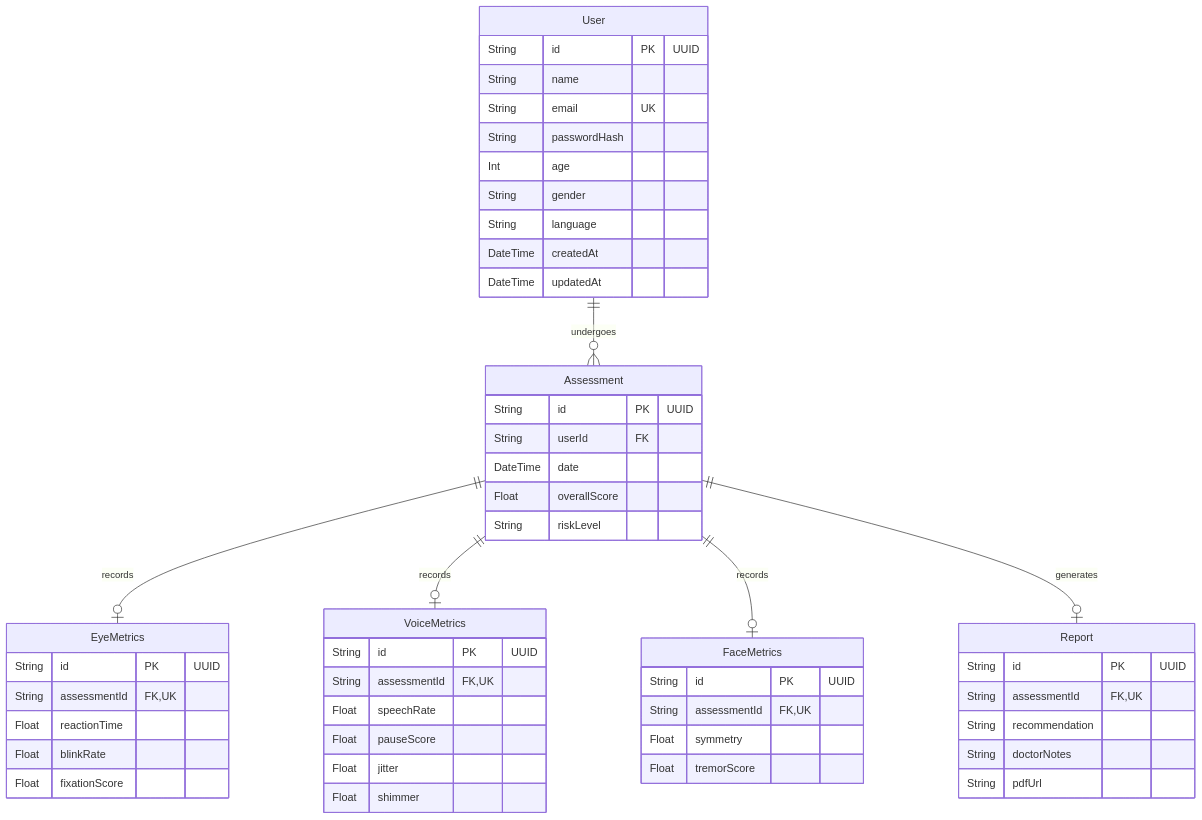
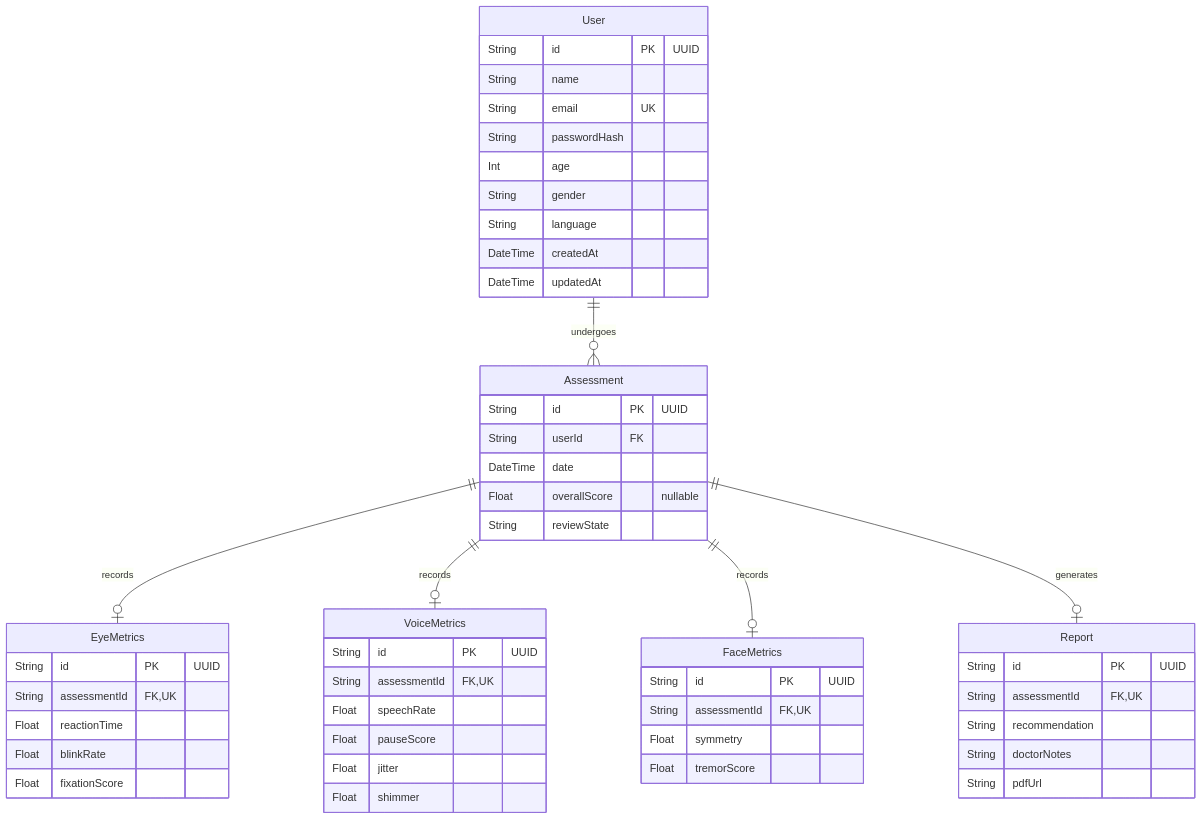
The third of 3 diagrams in README.md (haroon2109/NeuLens), drawn with Mermaid before and after one commit. The commit also changed other lines of this file and 160 other files, not shown here.

````diff
--- a/README.md
+++ b/README.md
@@ -611,60 +657,60 @@
 ```mermaid
 erDiagram
     User ||--o{ Assessment : "undergoes"
     Assessment ||--o| EyeMetrics : "records"
     Assessment ||--o| VoiceMetrics : "records"
     Assessment ||--o| FaceMetrics : "records"
     Assessment ||--o| Report : "generates"
 
     User {
         String id PK "UUID"
         String name
         String email UK
         String passwordHash
         Int age
         String gender
         String language
         DateTime createdAt
         DateTime updatedAt
     }
 
     Assessment {
         String id PK "UUID"
         String userId FK
         DateTime date
-        Float overallScore
-        String riskLevel
+        Float overallScore "nullable"
+        String reviewState
     }
 
     EyeMetrics {
         String id PK "UUID"
         String assessmentId FK, UK
         Float reactionTime
         Float blinkRate
         Float fixationScore
     }
 
     VoiceMetrics {
         String id PK "UUID"
         String assessmentId FK, UK
         Float speechRate
         Float pauseScore
         Float jitter
         Float shimmer
     }
 
     FaceMetrics {
         String id PK "UUID"
         String assessmentId FK, UK
         Float symmetry
         Float tremorScore
     }
 
     Report {
         String id PK "UUID"
         String assessmentId FK, UK
         String recommendation
         String doctorNotes
         String pdfUrl
     }
 ```
````
